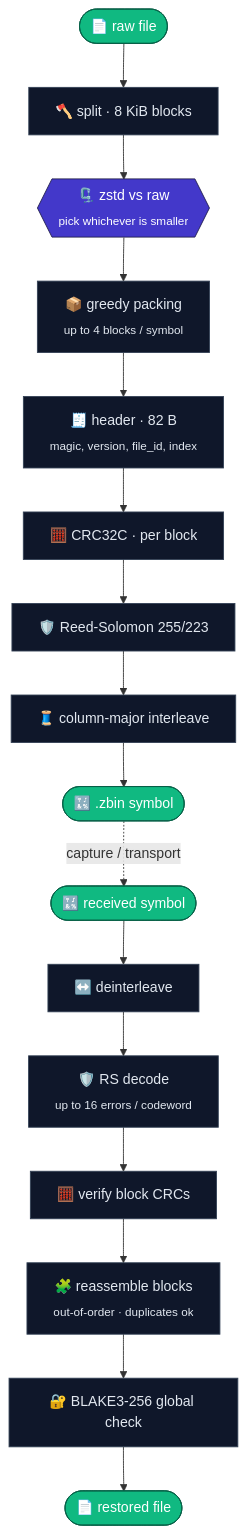
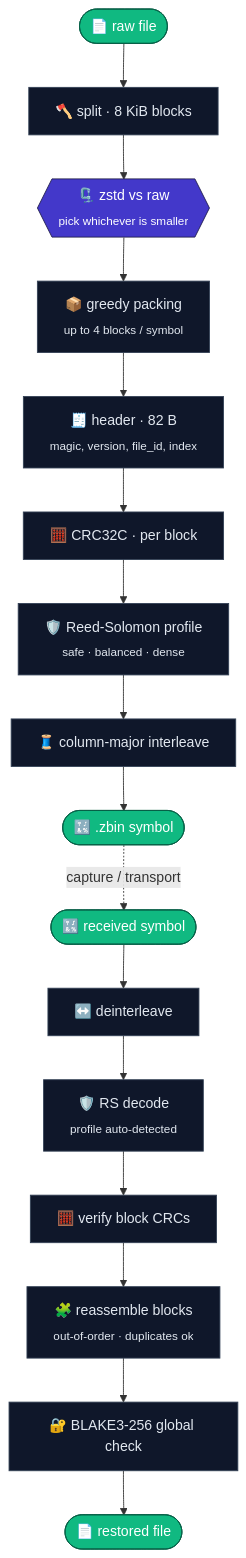
Before and after one commit to gabrielmaialva33/zioncode: the second of 2 diagrams in README.md, drawn with Mermaid. The commit also changed other lines of this file, not shown here.

Commit message:
📝 docs: expand README with ECC profiles, CLI profile options, and table formatting fixes

````diff
--- a/README.md
+++ b/README.md
@@ -187,28 +197,28 @@
 ```mermaid
 flowchart TD
     raw([📄 raw file])
     raw --> split["🪓 split · 8 KiB blocks"]
     split --> zstd{{"🗜️ zstd  vs  raw<br/><sub>pick whichever is smaller</sub>"}}
     zstd --> pack["📦 greedy packing<br/><sub>up to 4 blocks / symbol</sub>"]
     pack --> hdr["🧾 header · 82 B<br/><sub>magic, version, file_id, index</sub>"]
     hdr --> crc["🧮 CRC32C · per block"]
-    crc --> ecc["🛡️ Reed-Solomon 255/223"]
+    crc --> ecc["🛡️ Reed-Solomon profile<br/><sub>safe · balanced · dense</sub>"]
     ecc --> inter["🧵 column-major interleave"]
     inter --> sym([🔣 .zbin symbol])
 
     sym -.capture / transport.-> sym2([🔣 received symbol])
 
     sym2 --> dinter["↔️ deinterleave"]
-    dinter --> rsd["🛡️ RS decode<br/><sub>up to 16 errors / codeword</sub>"]
+    dinter --> rsd["🛡️ RS decode<br/><sub>profile auto-detected</sub>"]
     rsd --> verify["🧮 verify block CRCs"]
     verify --> reasm["🧩 reassemble blocks<br/><sub>out-of-order · duplicates ok</sub>"]
     reasm --> blake["🔐 BLAKE3-256 global check"]
     blake --> out([📄 restored file])
 
     classDef pipe fill:#0F172A,stroke:#334155,color:#E2E8F0
     classDef decision fill:#4338CA,stroke:#1E1B4B,color:#fff
     classDef io fill:#10B981,stroke:#065F46,color:#fff
     class split,pack,hdr,crc,ecc,inter,dinter,rsd,verify,reasm,blake pipe
     class zstd decision
     class raw,sym,sym2,out io
 ```
````
